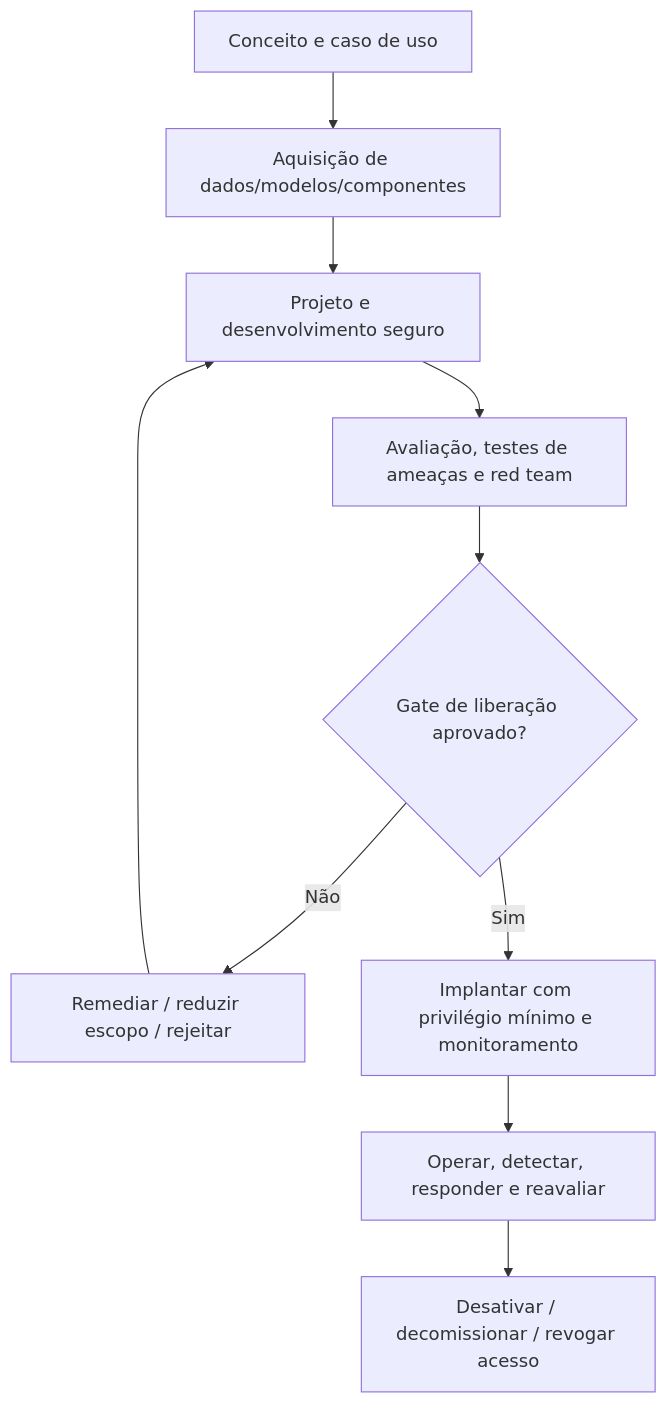
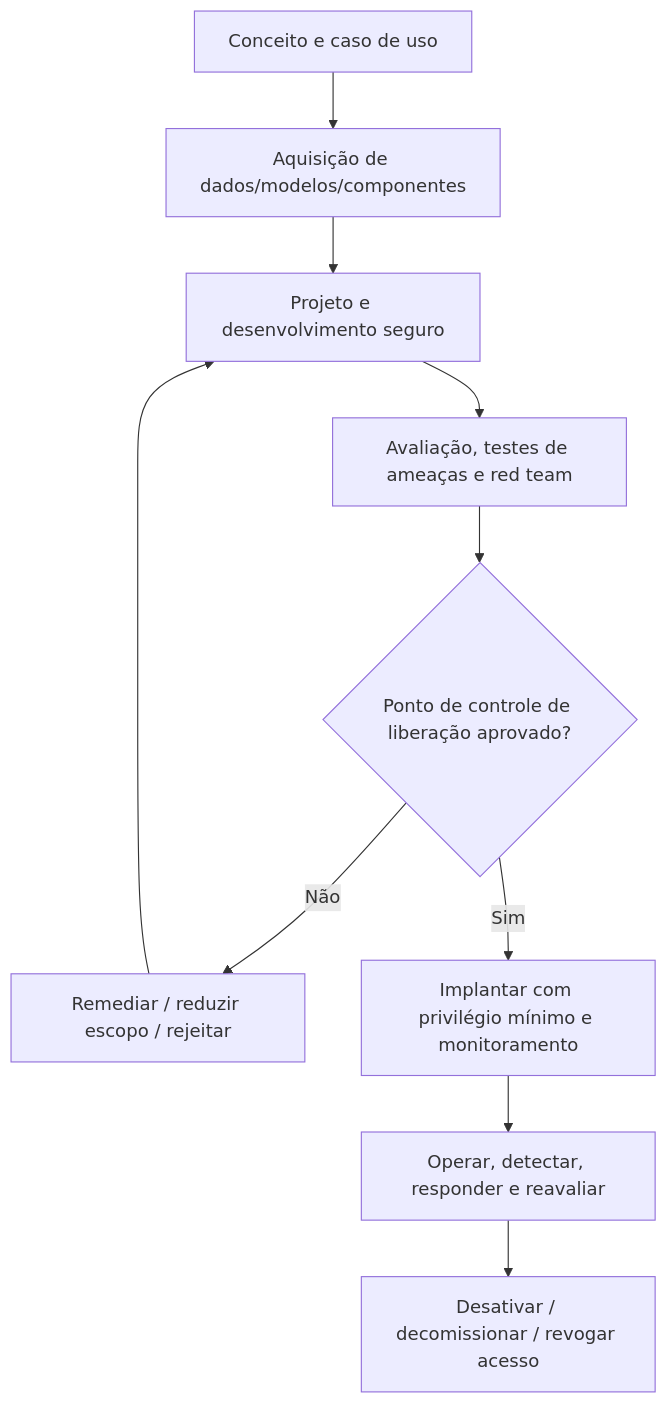
One commit to Chpmunk31456/GRC-Practical-Manuals changed the first of 3 diagrams in 06-cloud-and-technology-risk/AI_Security_and_Lifecycle/Portuguese_pt-BR/source/CAMINHOS_DE_IMPLEMENTACAO_MANUAL_07.md. Above: the diagram before and after it, drawn with Mermaid. The commit also changed other lines of this file, not shown here.

Commit message:
Localize Manual 07 Portuguese release-gate terminology

````diff
--- a/06-cloud-and-technology-risk/AI_Security_and_Lifecycle/Portuguese_pt-BR/source/CAMINHOS_DE_IMPLEMENTACAO_MANUAL_07.md
+++ b/06-cloud-and-technology-risk/AI_Security_and_Lifecycle/Portuguese_pt-BR/source/CAMINHOS_DE_IMPLEMENTACAO_MANUAL_07.md
@@ -46,12 +46,12 @@
 ```mermaid
 flowchart TD
     A["Conceito e caso de uso"] --> B["Aquisição de dados/modelos/componentes"]
     B --> C["Projeto e desenvolvimento seguro"]
     C --> D["Avaliação, testes de ameaças e red team"]
-    D --> E{"Gate de liberação aprovado?"}
+    D --> E{"Ponto de controle de liberação aprovado?"}
     E -->|"Não"| F["Remediar / reduzir escopo / rejeitar"]
     F --> C
     E -->|"Sim"| G["Implantar com privilégio mínimo e monitoramento"]
     G --> H["Operar, detectar, responder e reavaliar"]
     H --> I["Desativar / decomissionar / revogar acesso"]
 ```
````
